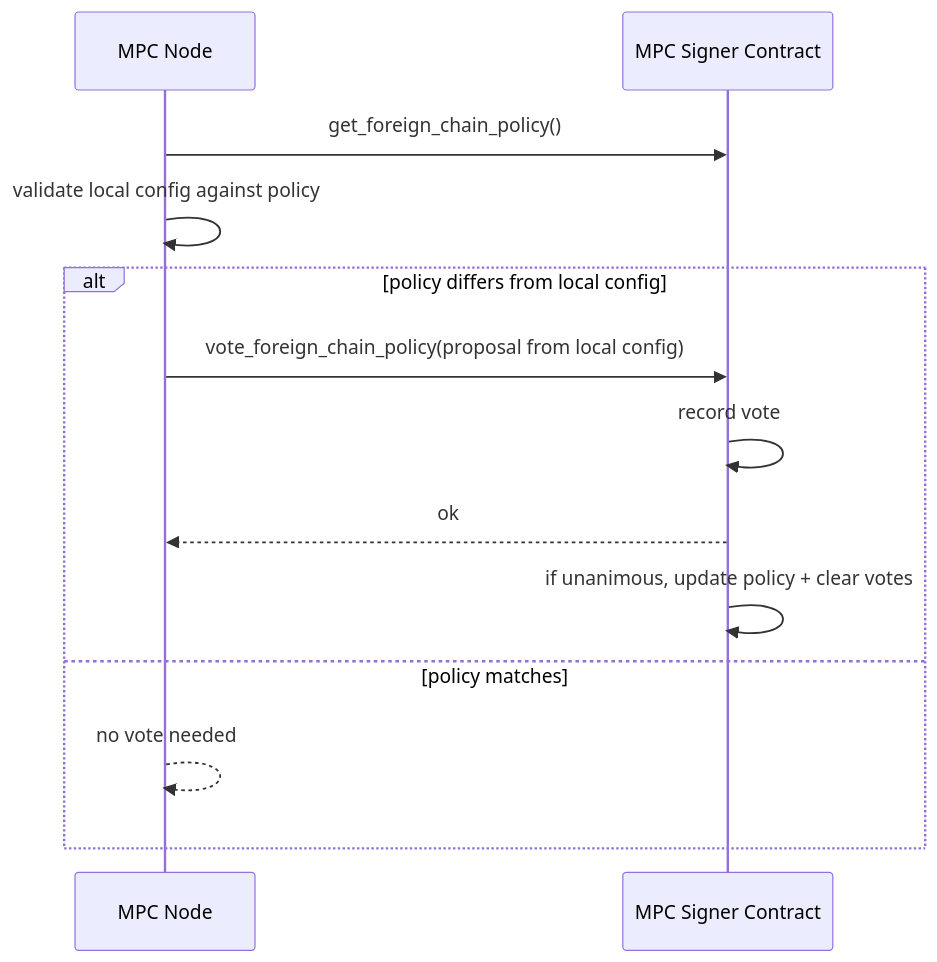
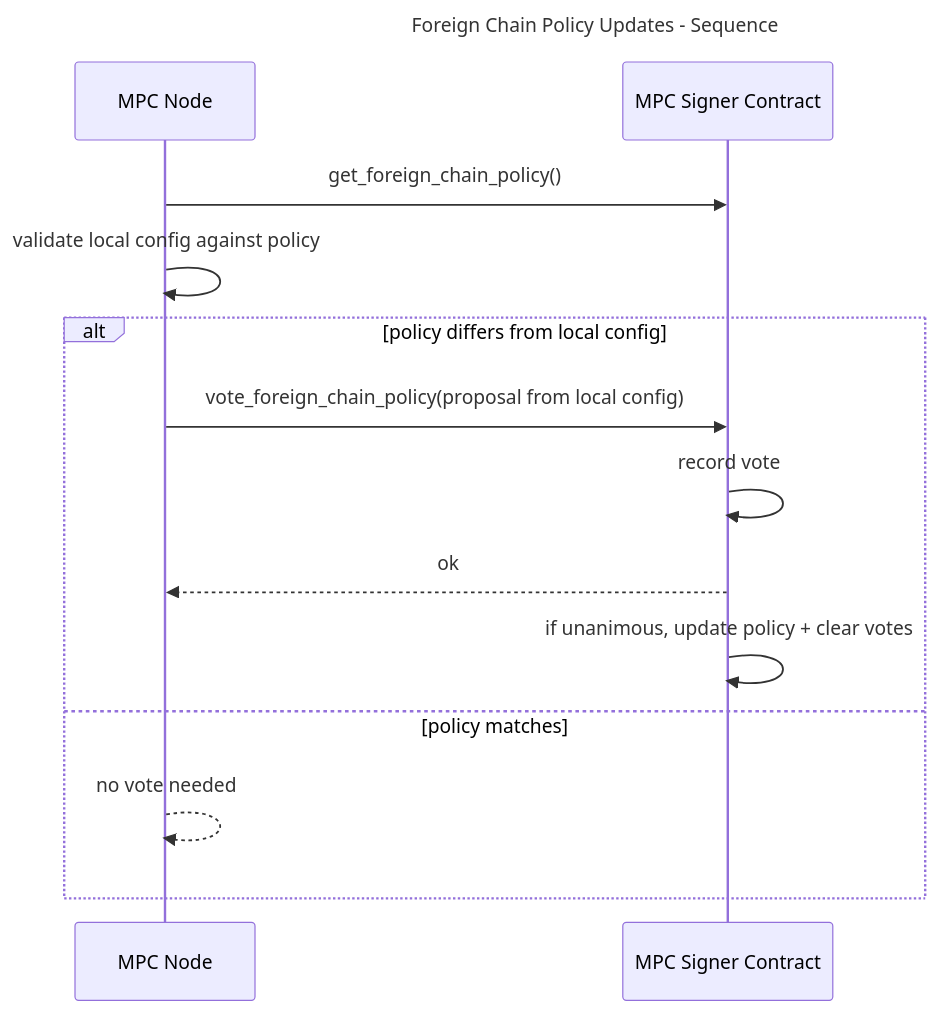
Before and after one commit to near/mpc: the fourth of 4 diagrams in docs/foreign_chain_transactions.md, drawn with Mermaid. The commit also changed other lines of this file, not shown here.

Commit message:
Simplify charts

````diff
--- a/docs/foreign_chain_transactions.md
+++ b/docs/foreign_chain_transactions.md
@@ -119,17 +154,20 @@
 ```mermaid
+---
+title: Foreign Chain Policy Updates - Sequence
+---
 sequenceDiagram
   participant Node as MPC Node
   participant Contract as MPC Signer Contract
 
   Node->>Contract: get_foreign_chain_policy()
   Node->>Node: validate local config against policy
 
   alt policy differs from local config
     Node->>Contract: vote_foreign_chain_policy(proposal from local config)
     Contract->>Contract: record vote
     Contract-->>Node: ok
     Contract->>Contract: if unanimous, update policy + clear votes
   else policy matches
     Node-->>Node: no vote needed
   end
 ```
````
